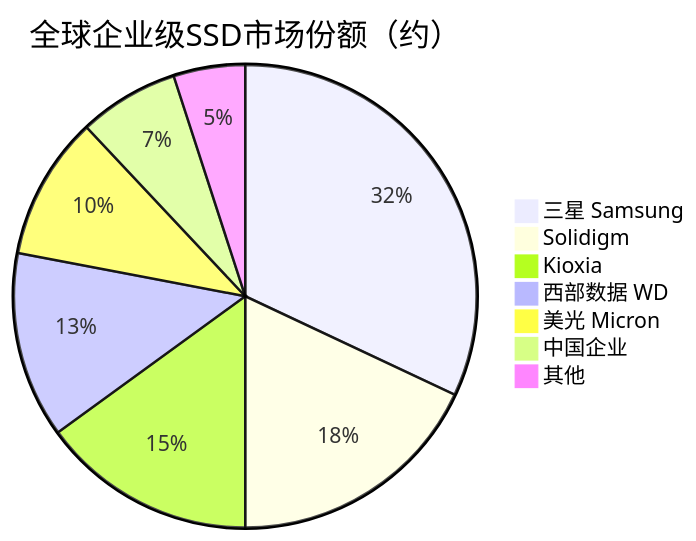
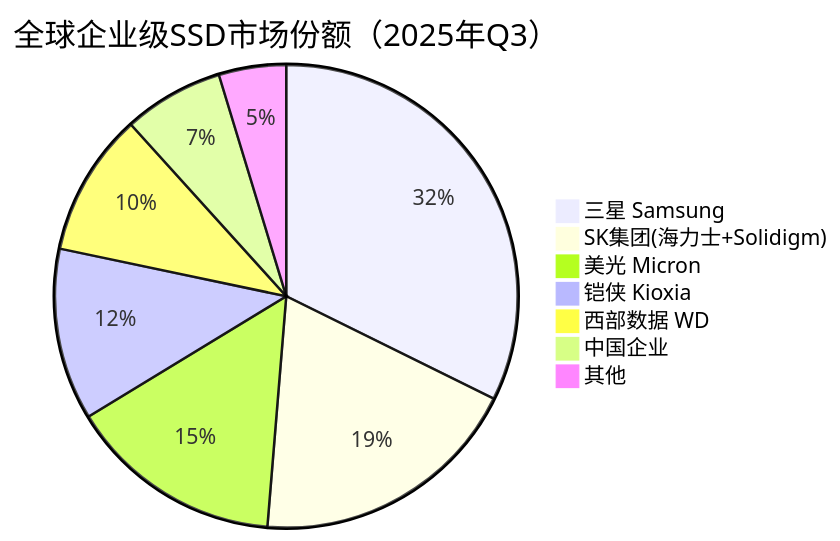
The third of 3 diagrams in 存储产业链/下游/SSD固态硬盘.md (blueprint1453/industry-insight), drawn with Mermaid before and after one commit. The commit also changed other lines of this file and 78 other files, not shown here.

````diff
--- a/存储产业链/下游/SSD固态硬盘.md
+++ b/存储产业链/下游/SSD固态硬盘.md
@@ -105,10 +105,10 @@
 ```mermaid
-pie title 全球企业级SSD市场份额（约）
-    "三星 Samsung" : 32
-    "Solidigm" : 18
-    "Kioxia" : 15
-    "西部数据 WD" : 13
-    "美光 Micron" : 10
+pie title 全球企业级SSD市场份额（2025年Q3）
+    "三星 Samsung" : 32.3
+    "SK集团(海力士+Solidigm)" : 19
+    "美光 Micron" : 15
+    "铠侠 Kioxia" : 12
+    "西部数据 WD" : 10
     "中国企业" : 7
-    "其他" : 5
+    "其他" : 4.7
 ```
````
